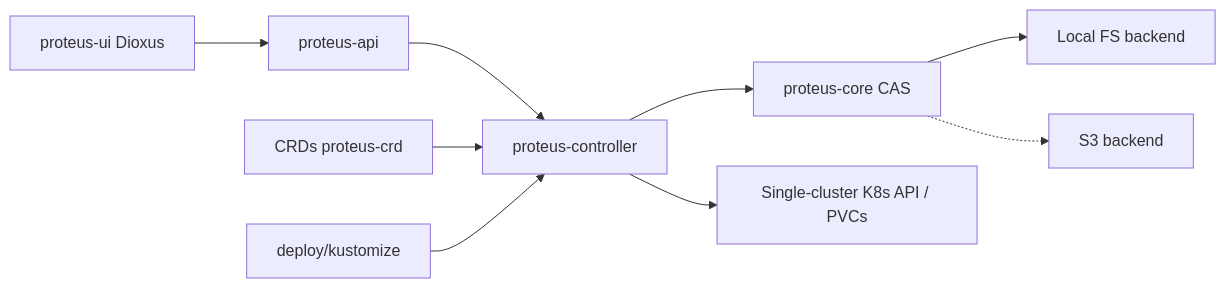
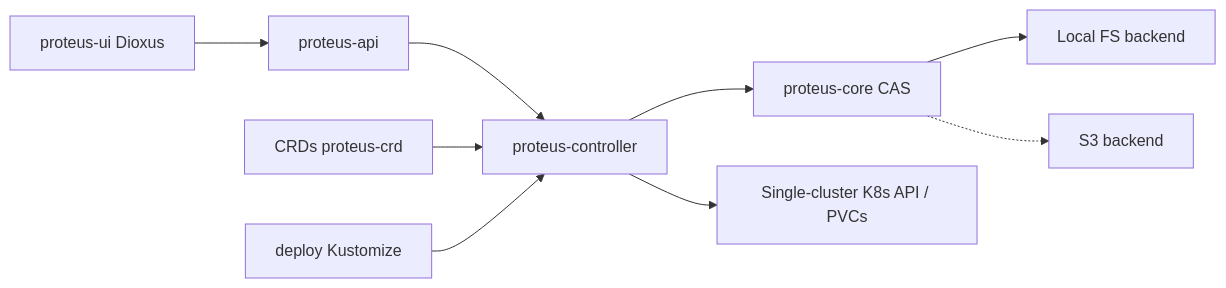
The diagram in aidd_docs/memory/architecture.md (CraftingTech/proteus), drawn with Mermaid before and after one commit. The commit also changed 25 other files, not shown here.

````diff
--- a/aidd_docs/memory/architecture.md
+++ b/aidd_docs/memory/architecture.md
@@ -16,11 +16,11 @@
 ```mermaid
 flowchart LR
   UI[proteus-ui Dioxus] --> API[proteus-api]
   API --> CTRL[proteus-controller]
   CR[CRDs proteus-crd] --> CTRL
   CTRL --> CORE[proteus-core CAS]
   CTRL --> K8S[Single-cluster K8s API / PVCs]
   CORE --> LOCAL[Local FS backend]
   CORE -.-> S3[S3 backend]
-  KUST[deploy/kustomize] --> CTRL
+  KUST[deploy Kustomize] --> CTRL
 ```
````
